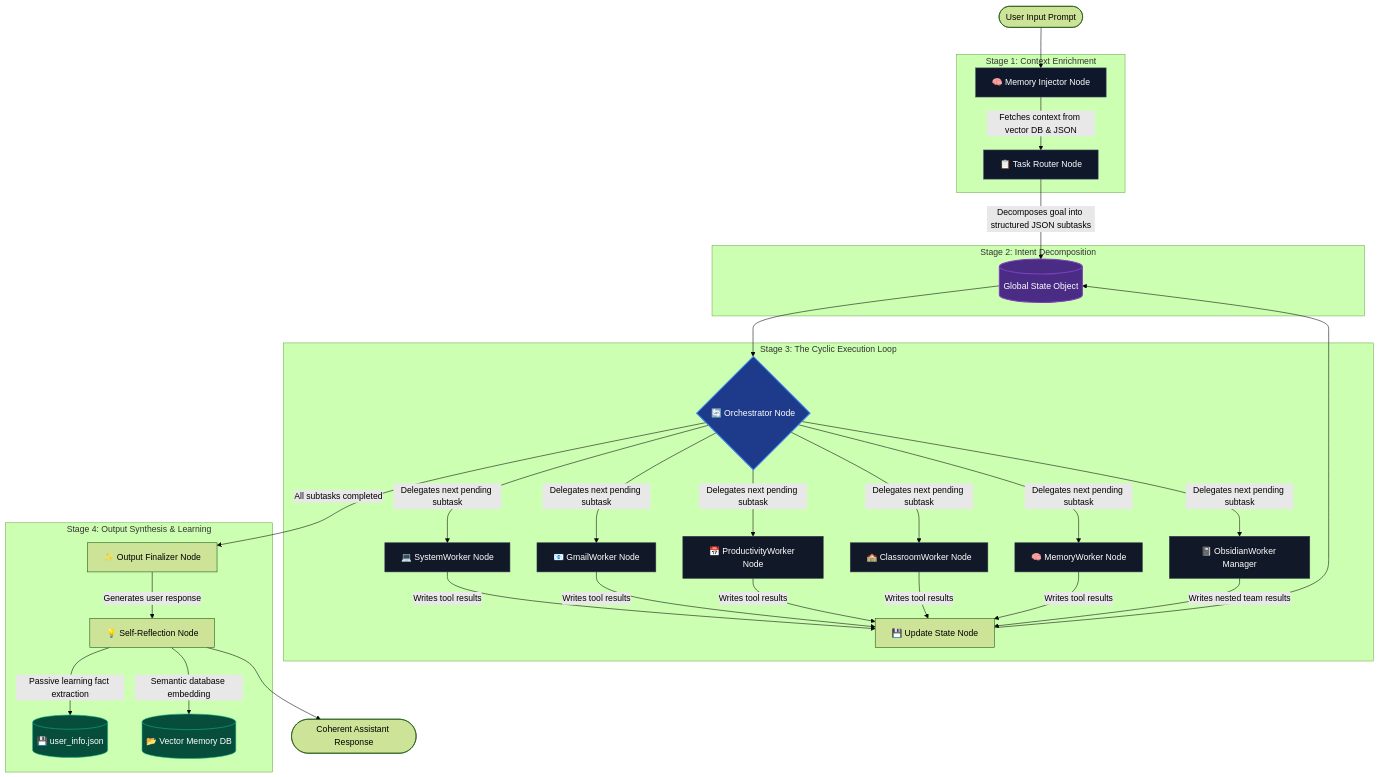
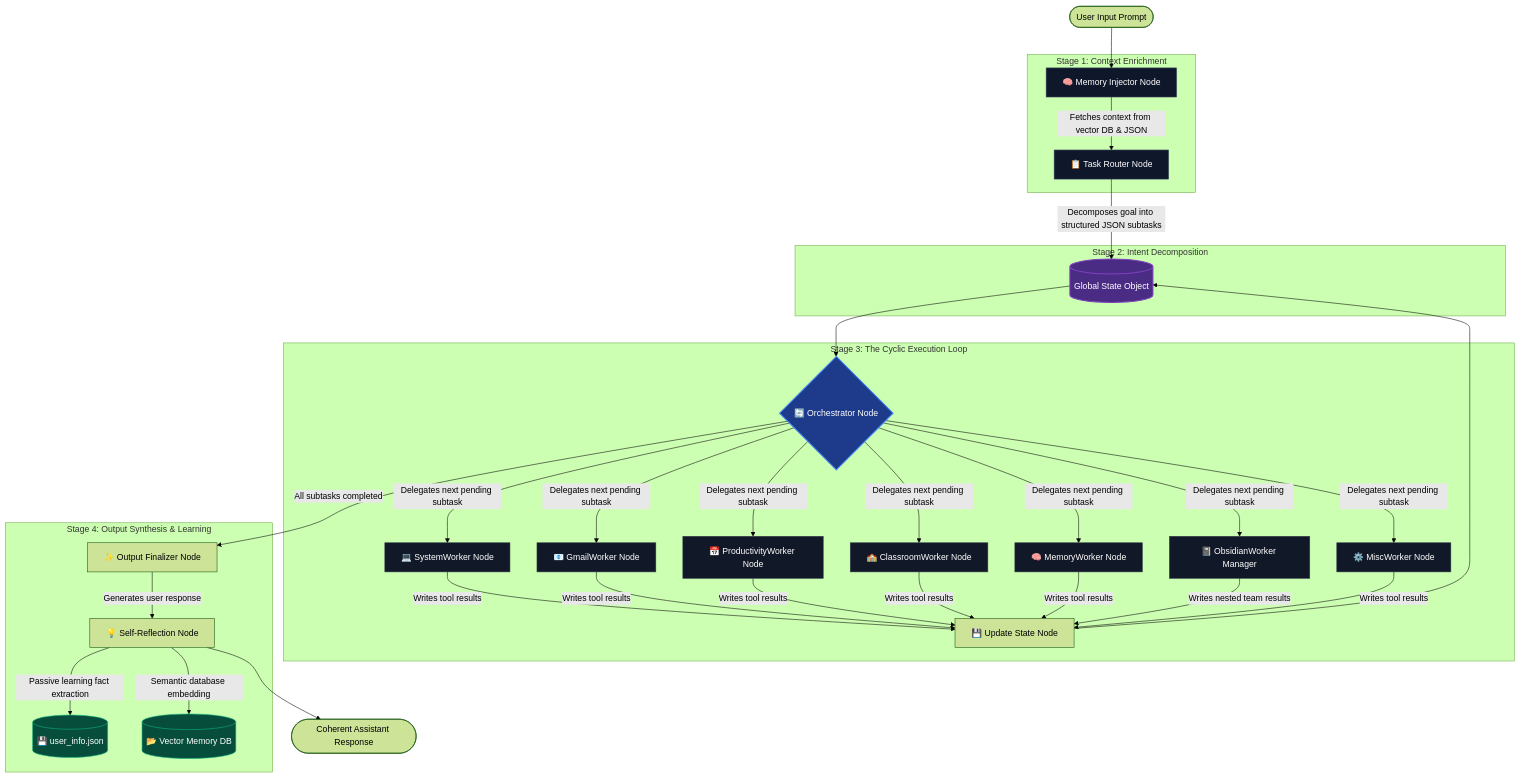
The first of 2 diagrams in README.md (PrithvirajSinghChauhan8444/AI-Personal-Assistant-Backend), drawn with Mermaid (forest theme) before and after one commit. The commit also changed other lines of this file and 17 other files, not shown here.

Commit message:
refactor: consolidate project documentation and update system architecture to include MiscWorker

````diff
--- a/README.md
+++ b/README.md
@@ -15,61 +15,64 @@
 ```mermaid
 graph TD
     %% Entry Point
     Start([User Input Prompt]) --> N_Inject["🧠 Memory Injector Node"]
     
     subgraph Stage 1: Context Enrichment
         N_Inject -->|Fetches context from vector DB & JSON| N_Route["📋 Task Router Node"]
     end
     
     subgraph Stage 2: Intent Decomposition
         N_Route -->|Decomposes goal into structured JSON subtasks| State[(Global State Object)]
     end
     
     subgraph Stage 3: The Cyclic Execution Loop
         State --> N_Orch{"🔄 Orchestrator Node"}
         
         %% Worker Mappings
         N_Orch -->|Delegates next pending subtask| W_System["💻 SystemWorker Node"]
         N_Orch -->|Delegates next pending subtask| W_Gmail["📧 GmailWorker Node"]
         N_Orch -->|Delegates next pending subtask| W_Prod["📅 ProductivityWorker Node"]
         N_Orch -->|Delegates next pending subtask| W_Class["🏫 ClassroomWorker Node"]
         N_Orch -->|Delegates next pending subtask| W_Mem["🧠 MemoryWorker Node"]
         N_Orch -->|Delegates next pending subtask| W_Obs["📓 ObsidianWorker Manager"]
+        N_Orch -->|Delegates next pending subtask| W_Misc["⚙️ MiscWorker Node"]
         
         %% Worker updates
         W_System -->|Writes tool results| N_Update["💾 Update State Node"]
         W_Gmail -->|Writes tool results| N_Update
         W_Prod -->|Writes tool results| N_Update
         W_Class -->|Writes tool results| N_Update
         W_Mem -->|Writes tool results| N_Update
         W_Obs -->|Writes nested team results| N_Update
+        W_Misc -->|Writes tool results| N_Update
         
         N_Update --> State
     end
     
     subgraph Stage 4: Output Synthesis & Learning
         N_Orch -->|All subtasks completed| N_Final["✨ Output Finalizer Node"]
         N_Final -->|Generates user response| N_Reflect["💡 Self-Reflection Node"]
         
         %% Passive Learning Links
         N_Reflect -->|Passive learning fact extraction| DB_JSON[("💾 user_info.json")]
         N_Reflect -->|Semantic database embedding| DB_Vector[("📂 Vector Memory DB")]
     end
 
     %% Final Output
     N_Reflect --> End([Coherent Assistant Response])
 
     %% Diagram Styling
     style State fill:#4b2c85,stroke:#7f3fbf,stroke-width:2px,color:#fff
     style N_Orch fill:#1e3a8a,stroke:#3b82f6,stroke-width:2px,color:#fff
     style N_Inject fill:#0f172a,stroke:#475569,stroke-width:1px,color:#fff
     style N_Route fill:#0f172a,stroke:#475569,stroke-width:1px,color:#fff
     style W_System fill:#111827,stroke:#374151,stroke-width:1px,color:#fff
     style W_Gmail fill:#111827,stroke:#374151,stroke-width:1px,color:#fff
     style W_Prod fill:#111827,stroke:#374151,stroke-width:1px,color:#fff
     style W_Class fill:#111827,stroke:#374151,stroke-width:1px,color:#fff
     style W_Mem fill:#111827,stroke:#374151,stroke-width:1px,color:#fff
     style W_Obs fill:#111827,stroke:#374151,stroke-width:1px,color:#fff
+    style W_Misc fill:#111827,stroke:#374151,stroke-width:1px,color:#fff
     style DB_JSON fill:#064e3b,stroke:#10b981,stroke-width:1px,color:#fff
     style DB_Vector fill:#064e3b,stroke:#10b981,stroke-width:1px,color:#fff
 ```
````
